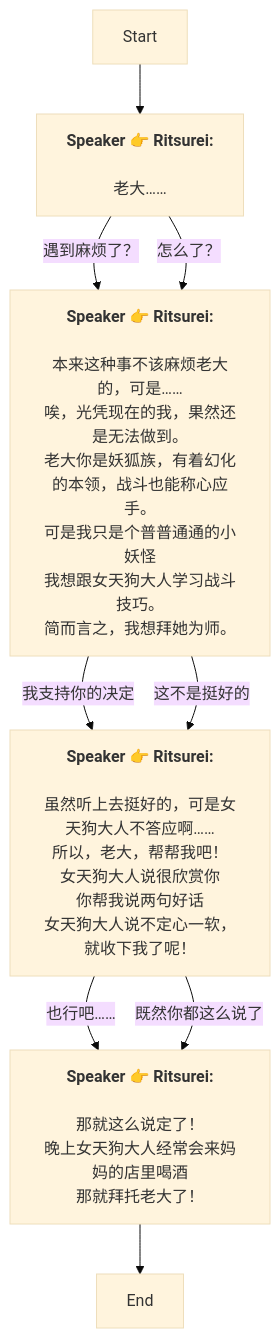
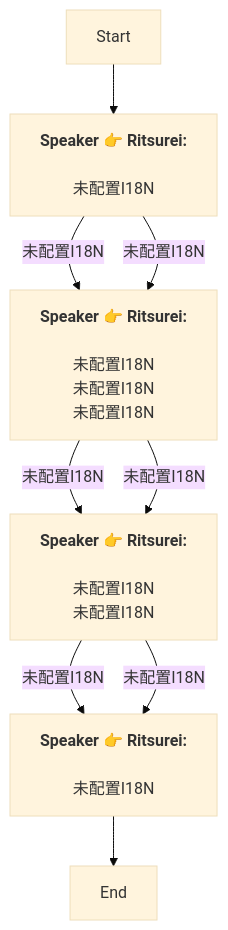
Before and after one commit to SoftHu/tos_avg: the diagram in Zh/QuestStartTalkENode_1758363700560510.md, drawn with Mermaid (base theme). The commit also changed 730 other files, not shown here.

````diff
--- a/Zh/QuestStartTalkENode_1758363700560510.md
+++ b/Zh/QuestStartTalkENode_1758363700560510.md
@@ -1,35 +1,19 @@
 ```mermaid
 graph
 Start -->1758364019714689[<b>Speaker 👉 Ritsurei:</b>
-\n老大……]
-1758364019714689 -->|遇到麻烦了？|1758364630048391[<b>Speaker 👉 Ritsurei:</b>
-\n本来这种事不该麻烦老大的，可是……
-唉，光凭现在的我，果然还是无法做到。\n老大你是妖狐族，有着幻化的本领，战斗也能称心应手。
-可是我只是个普普通通的小妖怪
-我想跟女天狗大人学习战斗技巧。\n简而言之，我想拜她为师。]
-1758364019714689 -->|怎么了？|1758364630048391[<b>Speaker 👉 Ritsurei:</b>
-\n本来这种事不该麻烦老大的，可是……
-唉，光凭现在的我，果然还是无法做到。\n老大你是妖狐族，有着幻化的本领，战斗也能称心应手。
-可是我只是个普普通通的小妖怪
-我想跟女天狗大人学习战斗技巧。\n简而言之，我想拜她为师。]
-1758364630048391 -->|我支持你的决定|1758365048720013[<b>Speaker 👉 Ritsurei:</b>
-\n虽然听上去挺好的，可是女天狗大人不答应啊……
-所以，老大，帮帮我吧！\n女天狗大人说很欣赏你
-你帮我说两句好话
-女天狗大人说不定心一软，就收下我了呢！]
-1758364630048391 -->|这不是挺好的|1758365048720013[<b>Speaker 👉 Ritsurei:</b>
-\n虽然听上去挺好的，可是女天狗大人不答应啊……
-所以，老大，帮帮我吧！\n女天狗大人说很欣赏你
-你帮我说两句好话
-女天狗大人说不定心一软，就收下我了呢！]
-1758365048720013 -->|也行吧……|1758365455139475[<b>Speaker 👉 Ritsurei:</b>
-\n那就这么说定了！
-晚上女天狗大人经常会来妈妈的店里喝酒
-那就拜托老大了！]
-1758365048720013 -->|既然你都这么说了|1758365455139475[<b>Speaker 👉 Ritsurei:</b>
-\n那就这么说定了！
-晚上女天狗大人经常会来妈妈的店里喝酒
-那就拜托老大了！]
+\n未配置I18N]
+1758364019714689 -->|未配置I18N|1758364630048391[<b>Speaker 👉 Ritsurei:</b>
+\n未配置I18N\n未配置I18N\n未配置I18N]
+1758364019714689 -->|未配置I18N|1758364630048391[<b>Speaker 👉 Ritsurei:</b>
+\n未配置I18N\n未配置I18N\n未配置I18N]
+1758364630048391 -->|未配置I18N|1758365048720013[<b>Speaker 👉 Ritsurei:</b>
+\n未配置I18N\n未配置I18N]
+1758364630048391 -->|未配置I18N|1758365048720013[<b>Speaker 👉 Ritsurei:</b>
+\n未配置I18N\n未配置I18N]
+1758365048720013 -->|未配置I18N|1758365455139475[<b>Speaker 👉 Ritsurei:</b>
+\n未配置I18N]
+1758365048720013 -->|未配置I18N|1758365455139475[<b>Speaker 👉 Ritsurei:</b>
+\n未配置I18N]
 1758365455139475 -->1758365496731284[End]
 
 ```
````
